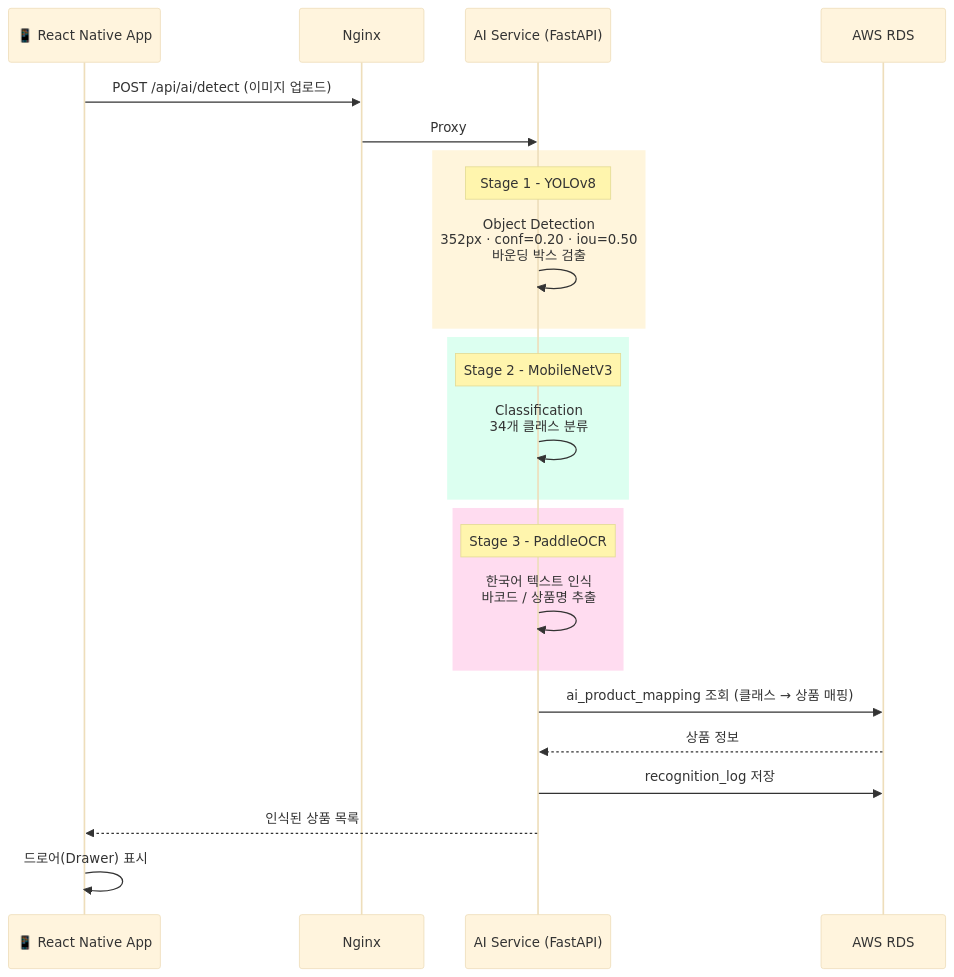
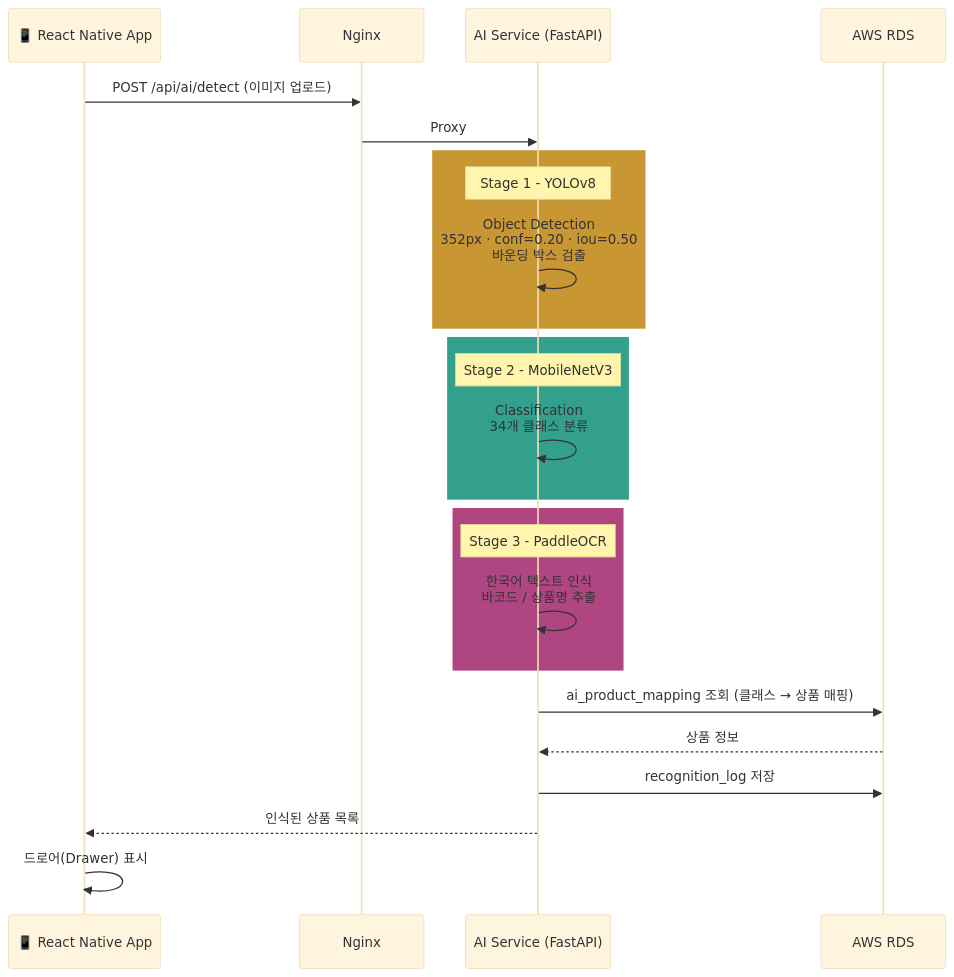
Before and after one commit to ONEpic-project/ONEPIC: the fourth of 6 diagrams in README.md, drawn with Mermaid (base theme). The commit also changed other lines of this file, not shown here.

Commit message:
배경색 변경

````diff
--- a/README.md
+++ b/README.md
@@ -228,31 +228,31 @@
 ```mermaid
 sequenceDiagram
     participant APP as 📱 React Native App
     participant NGINX as Nginx
     participant AI as AI Service (FastAPI)
     participant DB as AWS RDS
 
     APP->>NGINX: POST /api/ai/detect (이미지 업로드)
     NGINX->>AI: Proxy
 
-    rect rgb(255, 245, 220)
+    rect rgb(200, 150, 50)
         Note over AI: Stage 1 - YOLOv8
         AI->>AI: Object Detection<br/>352px · conf=0.20 · iou=0.50<br/>바운딩 박스 검출
     end
 
-    rect rgb(220, 255, 240)
+    rect rgb(50, 160, 140)
         Note over AI: Stage 2 - MobileNetV3
         AI->>AI: Classification<br/>34개 클래스 분류
     end
 
-    rect rgb(255, 220, 240)
+    rect rgb(175, 70, 130)
         Note over AI: Stage 3 - PaddleOCR
         AI->>AI: 한국어 텍스트 인식<br/>바코드 / 상품명 추출
     end
 
     AI->>DB: ai_product_mapping 조회 (클래스 → 상품 매핑)
     DB-->>AI: 상품 정보
     AI->>DB: recognition_log 저장
     AI-->>APP: 인식된 상품 목록
     APP->>APP: 드로어(Drawer) 표시
 ```
````
